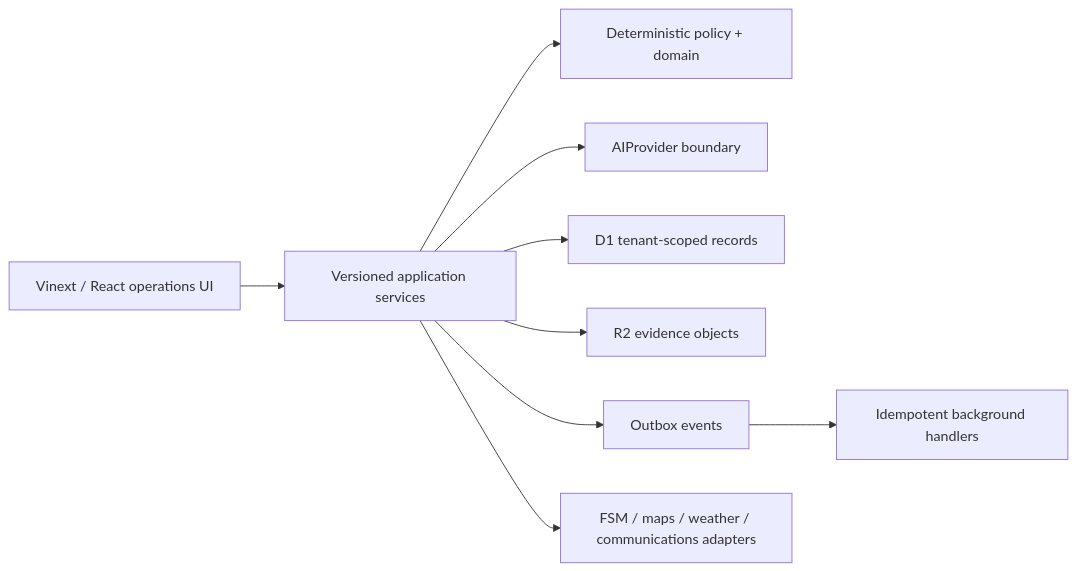
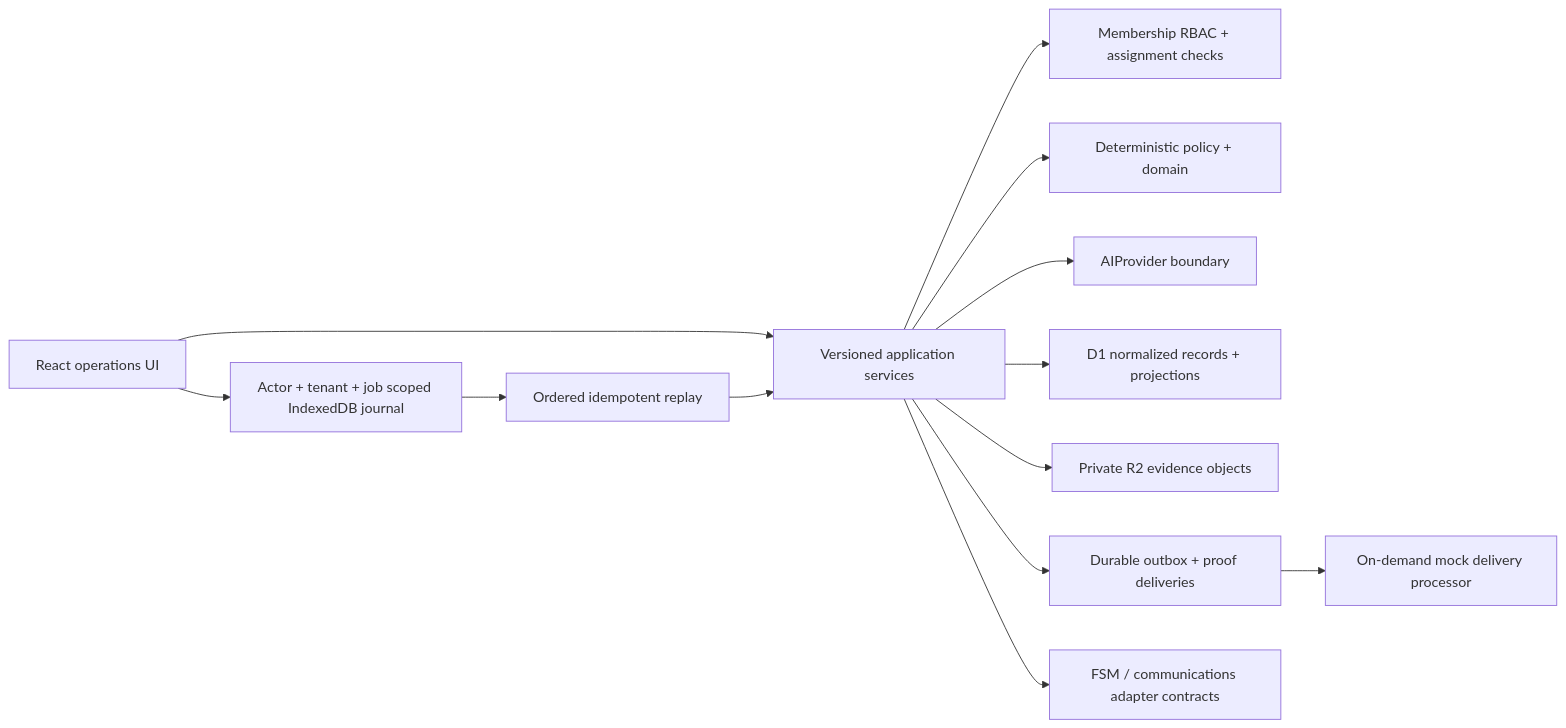
The first of 2 diagrams in docs/architecture.md (Matthewbolinger/Pest-control), drawn with Mermaid before and after one commit. The commit also changed other lines of this file and 59 other files, not shown here.

````diff
--- a/docs/architecture.md
+++ b/docs/architecture.md
@@ -3,11 +3,15 @@
 ```mermaid
 flowchart LR
-  UI["Vinext / React operations UI"] --> API["Versioned application services"]
+  UI["React operations UI"] --> API["Versioned application services"]
+  UI --> JOURNAL["Actor + tenant + job scoped IndexedDB journal"]
+  JOURNAL --> SYNC["Ordered idempotent replay"]
+  SYNC --> API
+  API --> AUTH["Membership RBAC + assignment checks"]
   API --> POLICY["Deterministic policy + domain"]
   API --> AI["AIProvider boundary"]
-  API --> DB["D1 tenant-scoped records"]
-  API --> R2["R2 evidence objects"]
-  API --> OUTBOX["Outbox events"]
-  OUTBOX --> WORKER["Idempotent background handlers"]
-  API --> ADAPTERS["FSM / maps / weather / communications adapters"]
+  API --> DB["D1 normalized records + projections"]
+  API --> R2["Private R2 evidence objects"]
+  API --> OUTBOX["Durable outbox + proof deliveries"]
+  OUTBOX --> MOCK["On-demand mock delivery processor"]
+  API --> ADAPTERS["FSM / communications adapter contracts"]
 ```
````
